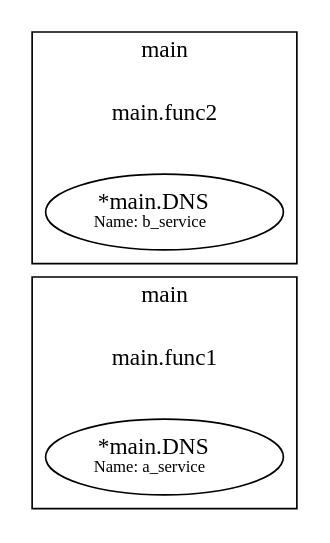
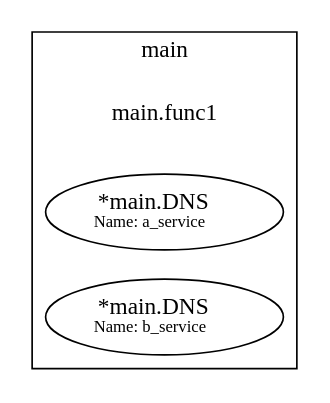
Before and after one commit to yzhlove/GoNewWork: the diagram in ThinkLibrary/dig.dot, drawn with Graphviz. The commit also changed 1 other file, not shown here.

```diff
--- a/ThinkLibrary/dig.dot
+++ b/ThinkLibrary/dig.dot
@@ -1,24 +1,16 @@
 digraph {
 	rankdir=RL;
 	graph [compound=true];
 	
 		subgraph cluster_0 {
 			label = "main";
 			constructor_0 [shape=plaintext label="main.func1"];
 			
 			"*main.DNS[name=a_service]" [label=<*main.DNS<BR /><FONT POINT-SIZE="10">Name: a_service</FONT>>];
-			
-		}
-		
-		
-		subgraph cluster_1 {
-			label = "main";
-			constructor_1 [shape=plaintext label="main.func2"];
-			
 			"*main.DNS[name=b_service]" [label=<*main.DNS<BR /><FONT POINT-SIZE="10">Name: b_service</FONT>>];
 			
 		}
 		
 		
 	
 }
```
